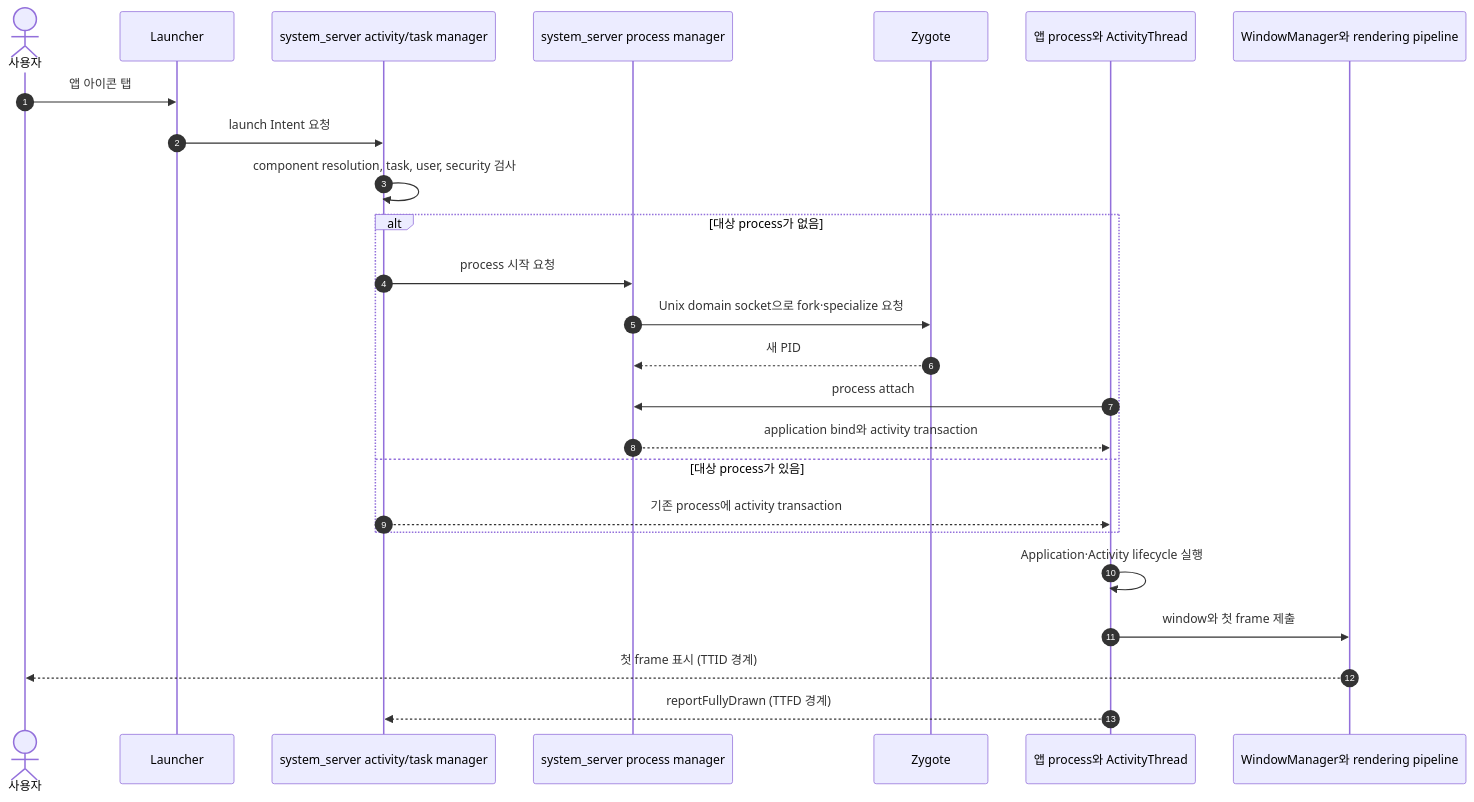
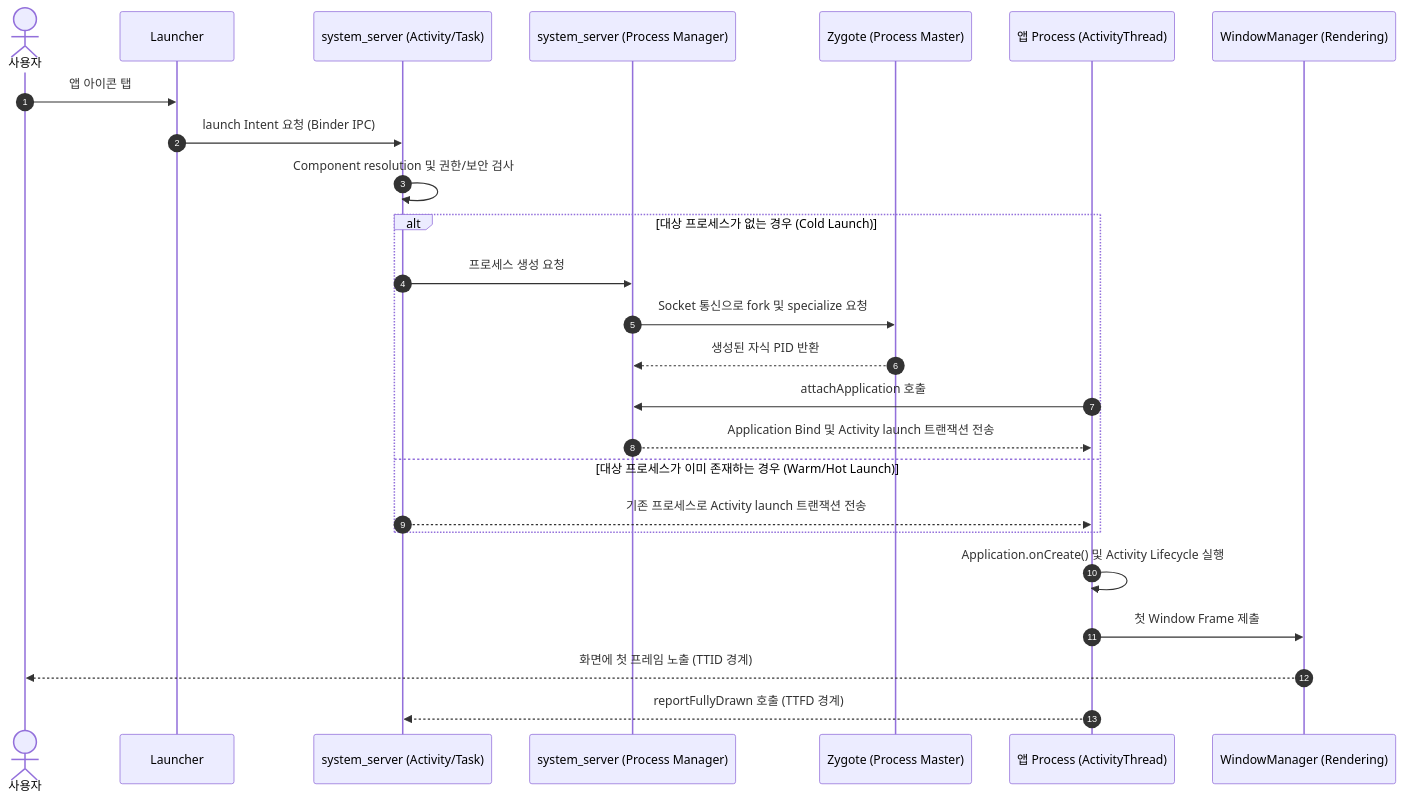
Before and after one commit to youngmin-gwon/what-i-studied: the diagram in 01_inbox/mobile/android/00_foundations/overview/foundation-contracts/app-launch-crosses-launcher-system-server-zygote-and-activitythread.md, drawn with Mermaid. The commit also changed other lines of this file and 13 other files, not shown here.

````diff
--- a/01_inbox/mobile/android/00_foundations/overview/foundation-contracts/app-launch-crosses-launcher-system-server-zygote-and-activitythread.md
+++ b/01_inbox/mobile/android/00_foundations/overview/foundation-contracts/app-launch-crosses-launcher-system-server-zygote-and-activitythread.md
@@ -18,28 +37,28 @@
 ```mermaid
 sequenceDiagram
     autonumber
     actor User as 사용자
     participant Launcher
-    participant ATMS as system_server activity/task manager
-    participant AMS as system_server process manager
-    participant Zygote
-    participant App as 앱 process와 ActivityThread
-    participant WM as WindowManager와 rendering pipeline
+    participant ATMS as system_server (Activity/Task)
+    participant AMS as system_server (Process Manager)
+    participant Zygote as Zygote (Process Master)
+    participant App as 앱 Process (ActivityThread)
+    participant WM as WindowManager (Rendering)
 
     User->>Launcher: 앱 아이콘 탭
-    Launcher->>ATMS: launch Intent 요청
-    ATMS->>ATMS: component resolution, task, user, security 검사
-    alt 대상 process가 없음
-        ATMS->>AMS: process 시작 요청
-        AMS->>Zygote: Unix domain socket으로 fork·specialize 요청
-        Zygote-->>AMS: 새 PID
-        App->>AMS: process attach
-        AMS-->>App: application bind와 activity transaction
-    else 대상 process가 있음
-        ATMS-->>App: 기존 process에 activity transaction
+    Launcher->>ATMS: launch Intent 요청 (Binder IPC)
+    ATMS->>ATMS: Component resolution 및 권한/보안 검사
+    alt 대상 프로세스가 없는 경우 (Cold Launch)
+        ATMS->>AMS: 프로세스 생성 요청
+        AMS->>Zygote: Socket 통신으로 fork 및 specialize 요청
+        Zygote-->>AMS: 생성된 자식 PID 반환
+        App->>AMS: attachApplication 호출
+        AMS-->>App: Application Bind 및 Activity launch 트랜잭션 전송
+    else 대상 프로세스가 이미 존재하는 경우 (Warm/Hot Launch)
+        ATMS-->>App: 기존 프로세스로 Activity launch 트랜잭션 전송
     end
-    App->>App: Application·Activity lifecycle 실행
-    App->>WM: window와 첫 frame 제출
-    WM-->>User: 첫 frame 표시 (TTID 경계)
-    App-->>ATMS: reportFullyDrawn (TTFD 경계)
+    App->>App: Application.onCreate() 및 Activity Lifecycle 실행
+    App->>WM: 첫 Window Frame 제출
+    WM-->>User: 화면에 첫 프레임 노출 (TTID 경계)
+    App-->>ATMS: reportFullyDrawn 호출 (TTFD 경계)
 ```
````
